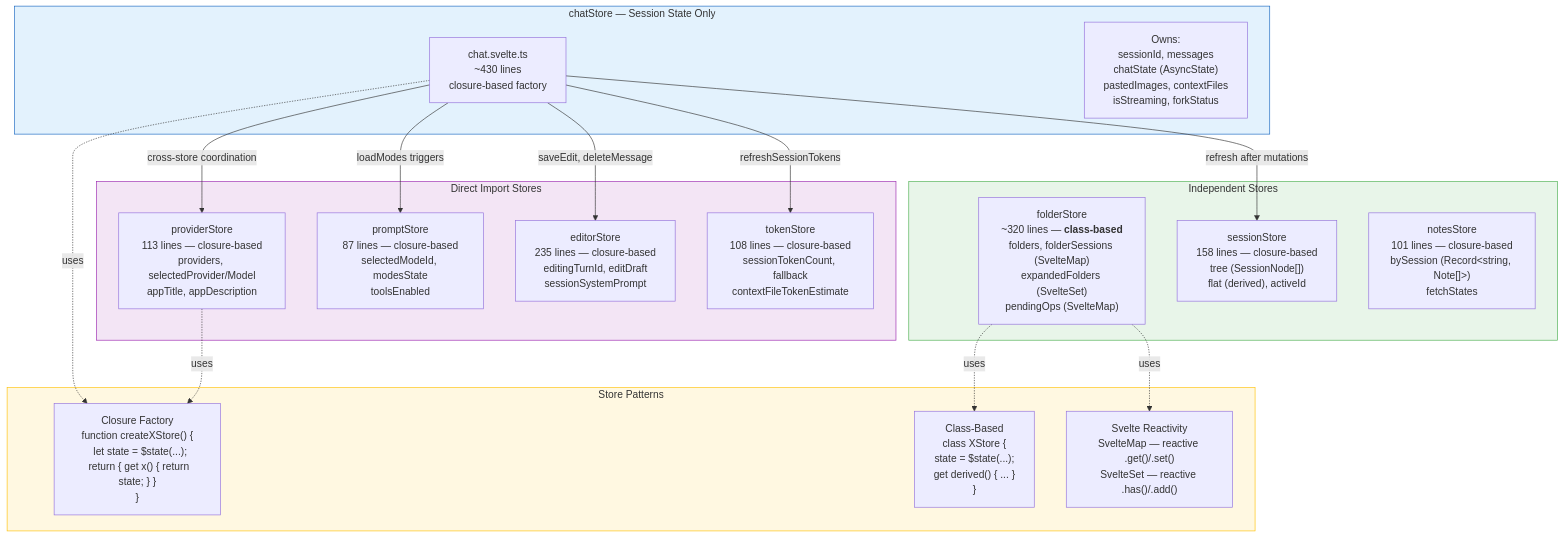
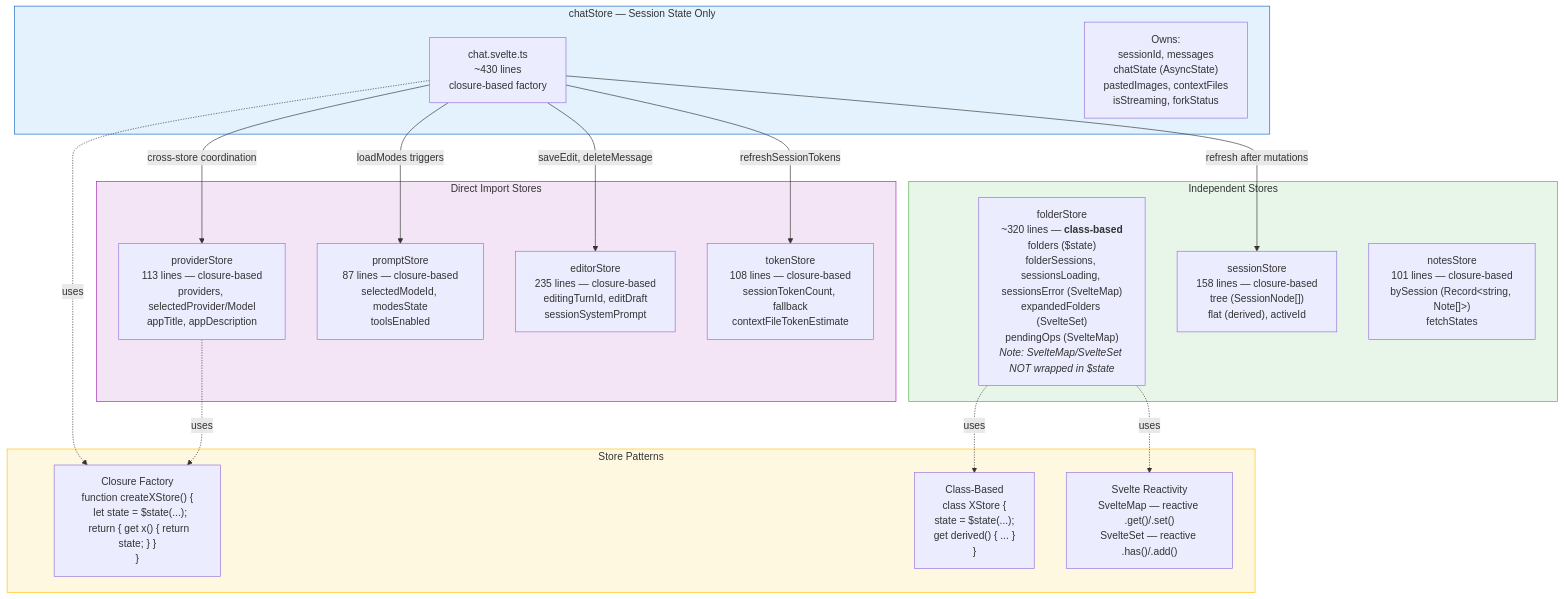
Before and after one commit to m1981/kuchnie: the second of 12 diagrams in kitchen-agent/docs/specs/frontend-diagrams.md, drawn with Mermaid. The commit also changed other lines of this file, not shown here.

````diff
--- a/kitchen-agent/docs/specs/frontend-diagrams.md
+++ b/kitchen-agent/docs/specs/frontend-diagrams.md
@@ -133,42 +133,42 @@
 ```mermaid
 graph TB
     subgraph ChatStore["chatStore — Session State Only"]
         ChatCore["chat.svelte.ts<br/>~430 lines<br/>closure-based factory"]
         ChatOwns["Owns:<br/>sessionId, messages<br/>chatState (AsyncState)<br/>pastedImages, contextFiles<br/>isStreaming, forkStatus"]
     end
 
     subgraph DirectStores["Direct Import Stores"]
         ProviderStore["providerStore<br/>113 lines — closure-based<br/>providers, selectedProvider/Model<br/>appTitle, appDescription"]
         PromptStore["promptStore<br/>87 lines — closure-based<br/>selectedModeId, modesState<br/>toolsEnabled"]
         EditorStore["editorStore<br/>235 lines — closure-based<br/>editingTurnId, editDraft<br/>sessionSystemPrompt"]
         TokenStore["tokenStore<br/>108 lines — closure-based<br/>sessionTokenCount, fallback<br/>contextFileTokenEstimate"]
     end
 
     subgraph Independent["Independent Stores"]
-        FolderStore["folderStore<br/>~320 lines — <b>class-based</b><br/>folders, folderSessions (SvelteMap)<br/>expandedFolders (SvelteSet)<br/>pendingOps (SvelteMap)"]
+        FolderStore["folderStore<br/>~320 lines — <b>class-based</b><br/>folders ($state)<br/>folderSessions, sessionsLoading, sessionsError (SvelteMap)<br/>expandedFolders (SvelteSet)<br/>pendingOps (SvelteMap)<br/><i>Note: SvelteMap/SvelteSet NOT wrapped in $state</i>"]
         SessionStore["sessionStore<br/>158 lines — closure-based<br/>tree (SessionNode[])<br/>flat (derived), activeId"]
         NotesStore["notesStore<br/>101 lines — closure-based<br/>bySession (Record&lt;string, Note[]&gt;)<br/>fetchStates"]
     end
 
     subgraph Patterns["Store Patterns"]
         Closure["Closure Factory<br/>function createXStore() {<br/>  let state = $state(...);<br/>  return { get x() { return state; } }<br/>}"]
         ClassBased["Class-Based<br/>class XStore {<br/>  state = $state(...);<br/>  get derived() { ... }<br/>}"]
         SvelteReactivity["Svelte Reactivity<br/>SvelteMap — reactive .get()/.set()<br/>SvelteSet — reactive .has()/.add()"]
     end
 
     ChatCore -->|"cross-store coordination"| ProviderStore
     ChatCore -->|"loadModes triggers"| PromptStore
     ChatCore -->|"saveEdit, deleteMessage"| EditorStore
     ChatCore -->|"refreshSessionTokens"| TokenStore
     ChatCore -->|"refresh after mutations"| SessionStore
 
     FolderStore -.->|"uses"| ClassBased
     FolderStore -.->|"uses"| SvelteReactivity
     ChatCore -.->|"uses"| Closure
     ProviderStore -.->|"uses"| Closure
 
     style ChatStore fill:#e3f2fd,stroke:#1565C0
     style DirectStores fill:#f3e5f5,stroke:#9C27B0
     style Independent fill:#e8f5e9,stroke:#4CAF50
     style Patterns fill:#fff8e1,stroke:#FFC107
 ```
````
